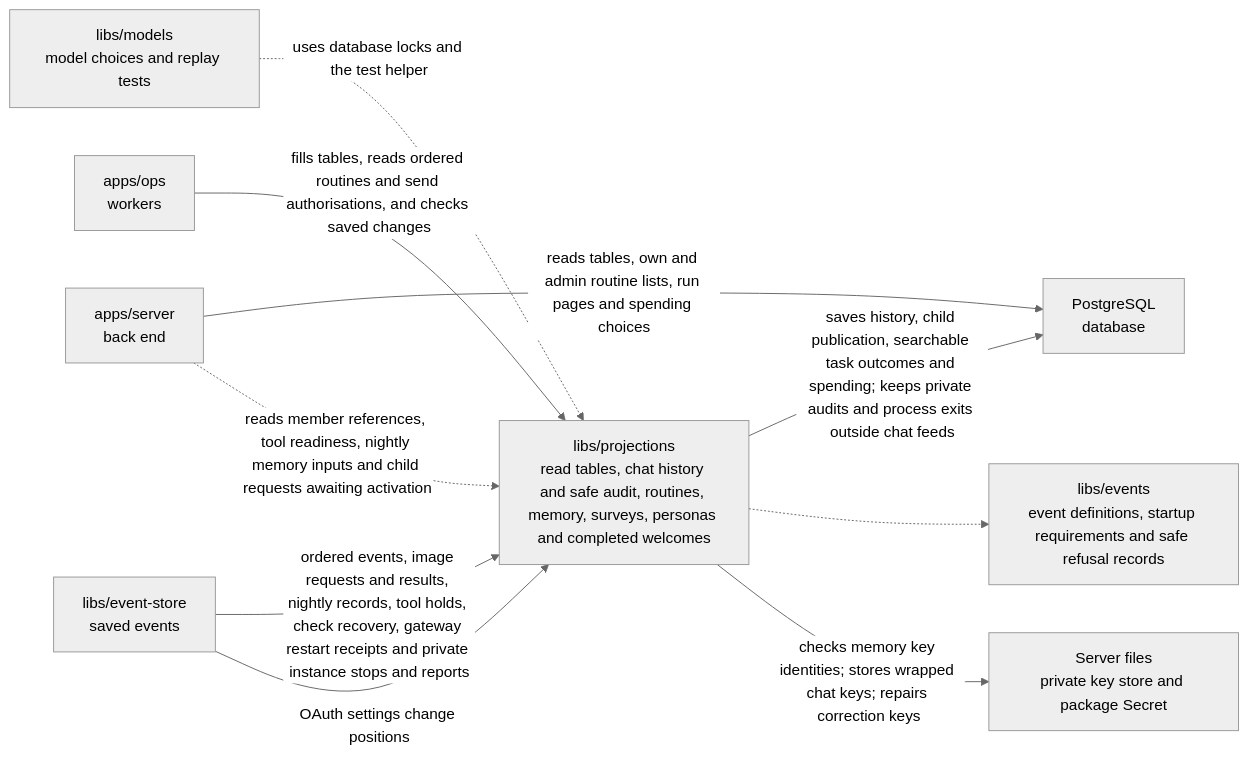
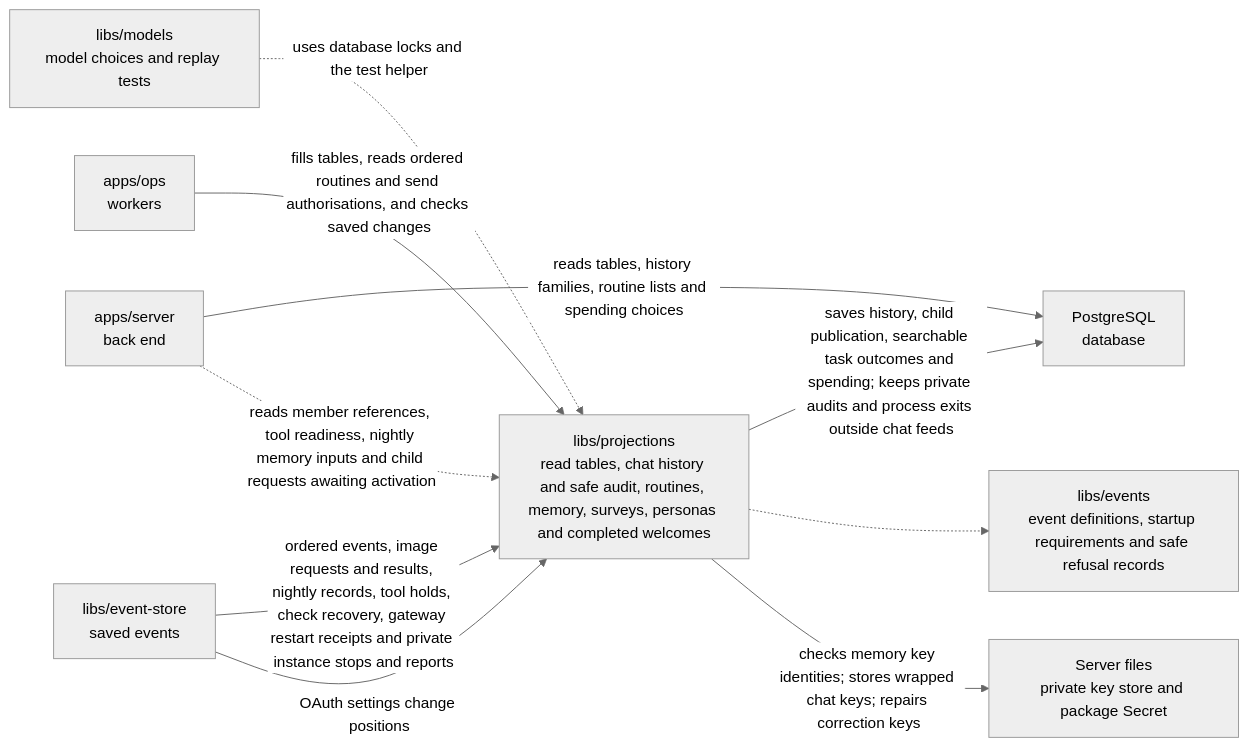
The diagram in libs/projections/README.md (elewa-git/opencrane-new), drawn with Mermaid (neutral theme) before and after one commit. The commit also changed other lines of this file and 17 other files, not shown here.

Commit message:
🕰️ Show complete history families and full-screen phone detail

````diff
--- a/libs/projections/README.md
+++ b/libs/projections/README.md
@@ -56,12 +58,12 @@
 ```mermaid
 flowchart LR
   models["libs/models<br/>model choices and replay tests"] -.->|uses database locks and the test helper| projections
   ops["apps/ops<br/>workers"] -->|fills tables, reads ordered routines and send authorisations, and checks saved changes| projections["libs/projections<br/>read tables, chat history and safe audit, routines, memory, surveys, personas and completed welcomes"]
-  server["apps/server<br/>back end"] -->|reads tables, own and admin routine lists, run pages and spending choices| pg["PostgreSQL<br/>database"]
+  server["apps/server<br/>back end"] -->|reads tables, history families, routine lists and spending choices| pg["PostgreSQL<br/>database"]
   projections -->|saves history, child publication, searchable task outcomes and spending; keeps private audits and process exits outside chat feeds| pg
   store["libs/event-store<br/>saved events"] -->|ordered events, image requests and results, nightly records, tool holds, check recovery, gateway restart receipts and private instance stops and reports| projections
   server -.->|reads member references, tool readiness, nightly memory inputs and child requests awaiting activation| projections
   projections -.-> events["libs/events<br/>event definitions, startup requirements and safe refusal records"]
   projections -->|checks memory key identities; stores wrapped chat keys; repairs correction keys| keys["Server files<br/>private key store and package Secret"]
   store -->|OAuth settings change positions| projections
 ```
````
